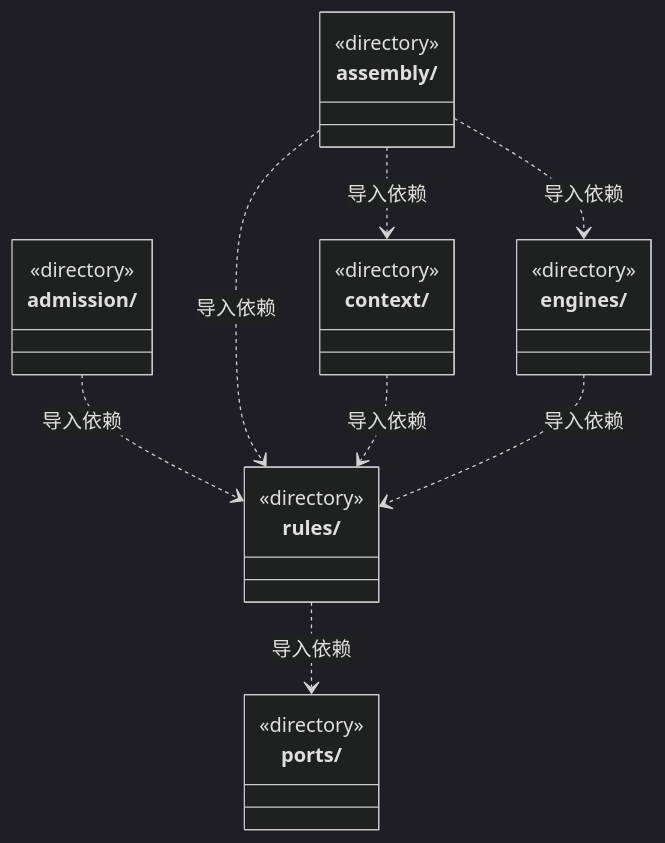
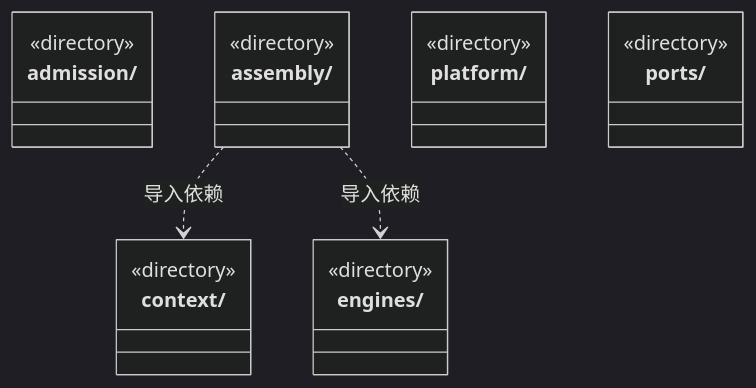
Before and after one commit to nan023062/cbim: the first of 2 diagrams in src/logic/execution/ARCHITECTURE.md, drawn with Mermaid (dark theme). The commit also changed other lines of this file and 657 other files, not shown here.

````diff
--- a/src/logic/execution/ARCHITECTURE.md
+++ b/src/logic/execution/ARCHITECTURE.md
@@ -15,28 +15,23 @@
 ```mermaid
 classDiagram
 class N_src_logic_execution_admission["admission/"] {
   <<directory>>
 }
 class N_src_logic_execution_assembly["assembly/"] {
   <<directory>>
 }
 class N_src_logic_execution_context["context/"] {
   <<directory>>
 }
 class N_src_logic_execution_engines["engines/"] {
   <<directory>>
 }
+class N_src_logic_execution_platform["platform/"] {
+  <<directory>>
+}
 class N_src_logic_execution_ports["ports/"] {
   <<directory>>
 }
-class N_src_logic_execution_rules["rules/"] {
-  <<directory>>
-}
-N_src_logic_execution_admission ..> N_src_logic_execution_rules : 导入依赖
 N_src_logic_execution_assembly ..> N_src_logic_execution_context : 导入依赖
-N_src_logic_execution_assembly ..> N_src_logic_execution_rules : 导入依赖
 N_src_logic_execution_assembly ..> N_src_logic_execution_engines : 导入依赖
-N_src_logic_execution_context ..> N_src_logic_execution_rules : 导入依赖
-N_src_logic_execution_engines ..> N_src_logic_execution_rules : 导入依赖
-N_src_logic_execution_rules ..> N_src_logic_execution_ports : 导入依赖
 ```
````
